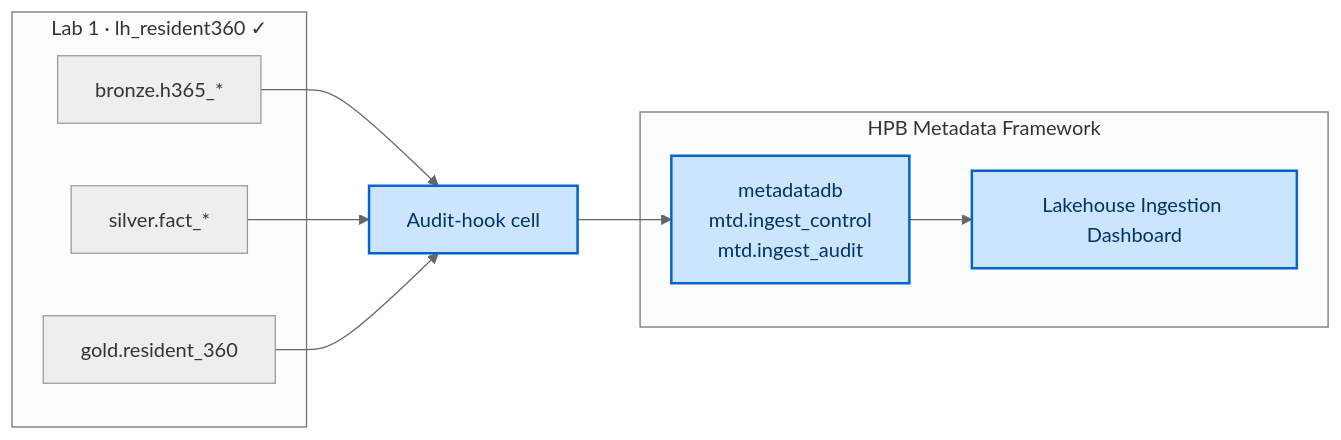
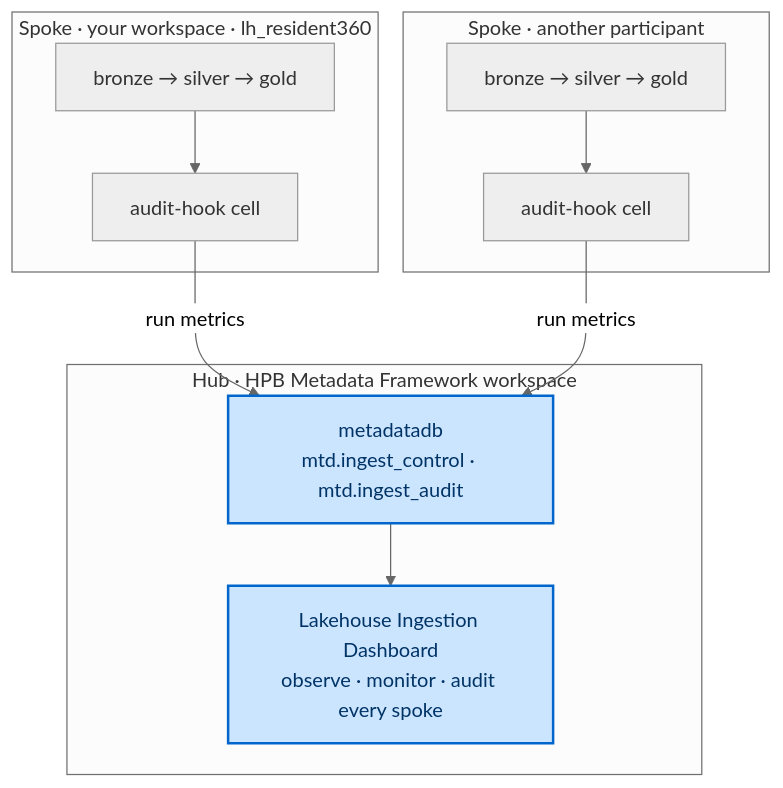
Before and after one commit to ericshawtyz/resident-360-data-workshop: the diagram in lab2-metadata-lakehouse/README.md, drawn with Mermaid (neutral theme). The commit also changed other lines of this file and 12 other files, not shown here.

First line of the commit message:
Lab 1/2/4: semantic-model parity + honest SM-vs-ontology comparison + hub-and-spoke framing

````diff
--- a/lab2-metadata-lakehouse/README.md
+++ b/lab2-metadata-lakehouse/README.md
@@ -36,19 +37,20 @@
 ```mermaid
-flowchart LR
-  subgraph L1["Lab 1 · lh_resident360 ✓"]
-    B["bronze.h365_*"]
-    S["silver.fact_*"]
-    G["gold.resident_360"]
+flowchart TB
+  subgraph HUB["Hub · HPB Metadata Framework workspace"]
+    MDB["metadatadb<br/>mtd.ingest_control · mtd.ingest_audit"]
+    DASH["Lakehouse Ingestion Dashboard<br/>observe · monitor · audit every spoke"]
+    MDB --> DASH
   end
-  HOOK["Audit-hook cell"]
-  subgraph FW["HPB Metadata Framework"]
-    MDB["metadatadb<br/>mtd.ingest_control<br/>mtd.ingest_audit"]
-    DASH["Lakehouse Ingestion Dashboard"]
+  subgraph S1["Spoke · your workspace · lh_resident360"]
+    M1["bronze → silver → gold"] --> H1["audit-hook cell"]
   end
-  B --> HOOK; S --> HOOK; G --> HOOK
-  HOOK --> MDB --> DASH
+  subgraph S2["Spoke · another participant"]
+    M2["bronze → silver → gold"] --> H2["audit-hook cell"]
+  end
+  H1 -->|run metrics| MDB
+  H2 -->|run metrics| MDB
   classDef item fill:#cce5ff,stroke:#0066cc,stroke-width:2px,color:#003366;
-  class MDB,DASH,HOOK item;
+  class MDB,DASH item;
   classDef done fill:#eeeeee,stroke:#999999,color:#333333;
-  class B,S,G done;
+  class M1,M2,H1,H2 done;
 ```
````
